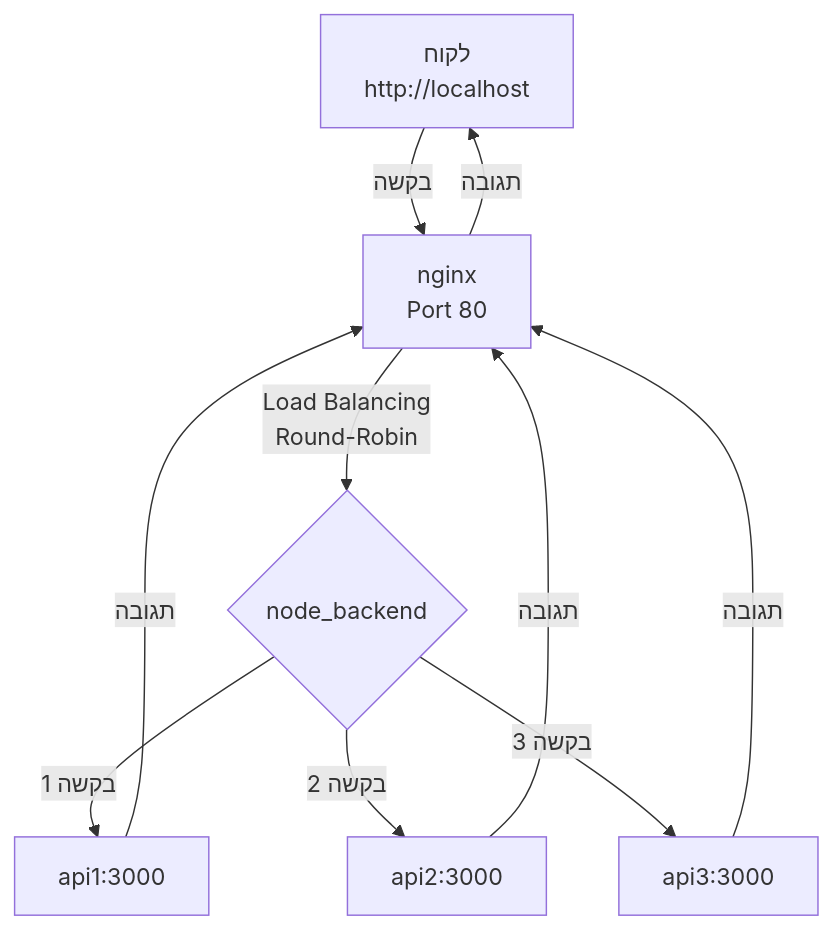
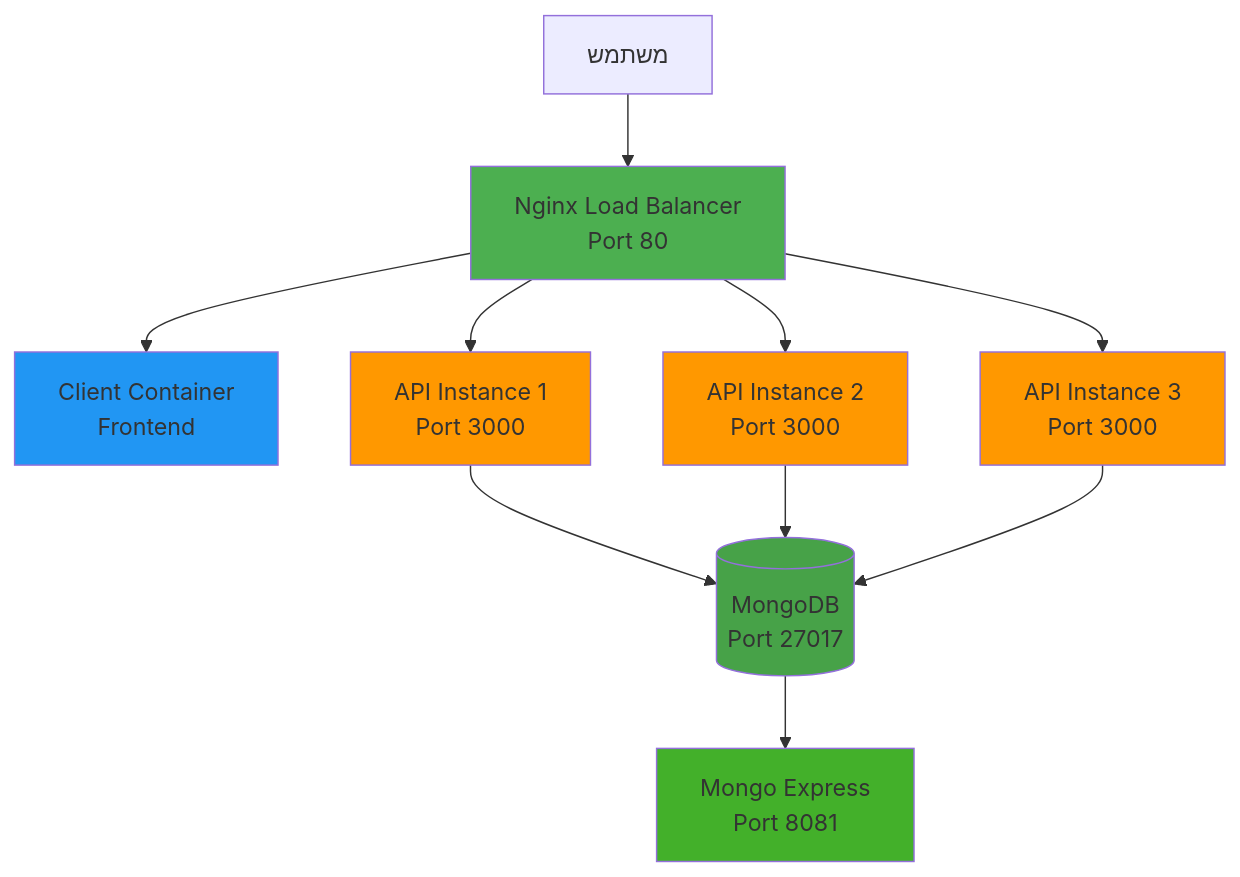
One commit to Chenamin12/devops-project-chen changed the first of 3 diagrams in README.md. Above: the diagram before and after it, drawn with Mermaid. The commit also changed other lines of this file and 1 other file, not shown here.

````diff
--- a/README.md
+++ b/README.md
@@ -132,12 +67,20 @@
 ```mermaid
-flowchart TD
-    Client[לקוח<br/>http://localhost] -->|בקשה| Nginx[nginx<br/>Port 80]
-    Nginx -->|Load Balancing<br/>Round-Robin| Upstream{node_backend}
-    Upstream -->|בקשה 1| API1[api1:3000]
-    Upstream -->|בקשה 2| API2[api2:3000]
-    Upstream -->|בקשה 3| API3[api3:3000]
-    API1 -->|תגובה| Nginx
-    API2 -->|תגובה| Nginx
-    API3 -->|תגובה| Nginx
-    Nginx -->|תגובה| Client
+graph TB
+    User[משתמש] --> Nginx[Nginx Load Balancer<br/>Port 80]
+    Nginx --> Client[Client Container<br/>Frontend]
+    Nginx --> API1[API Instance 1<br/>Port 3000]
+    Nginx --> API2[API Instance 2<br/>Port 3000]
+    Nginx --> API3[API Instance 3<br/>Port 3000]
+    API1 --> MongoDB[(MongoDB<br/>Port 27017)]
+    API2 --> MongoDB
+    API3 --> MongoDB
+    MongoDB --> MongoExpress[Mongo Express<br/>Port 8081]
+    
+    style Nginx fill:#4CAF50
+    style Client fill:#2196F3
+    style API1 fill:#FF9800
+    style API2 fill:#FF9800
+    style API3 fill:#FF9800
+    style MongoDB fill:#47A248
+    style MongoExpress fill:#43B02A
 ```
````
